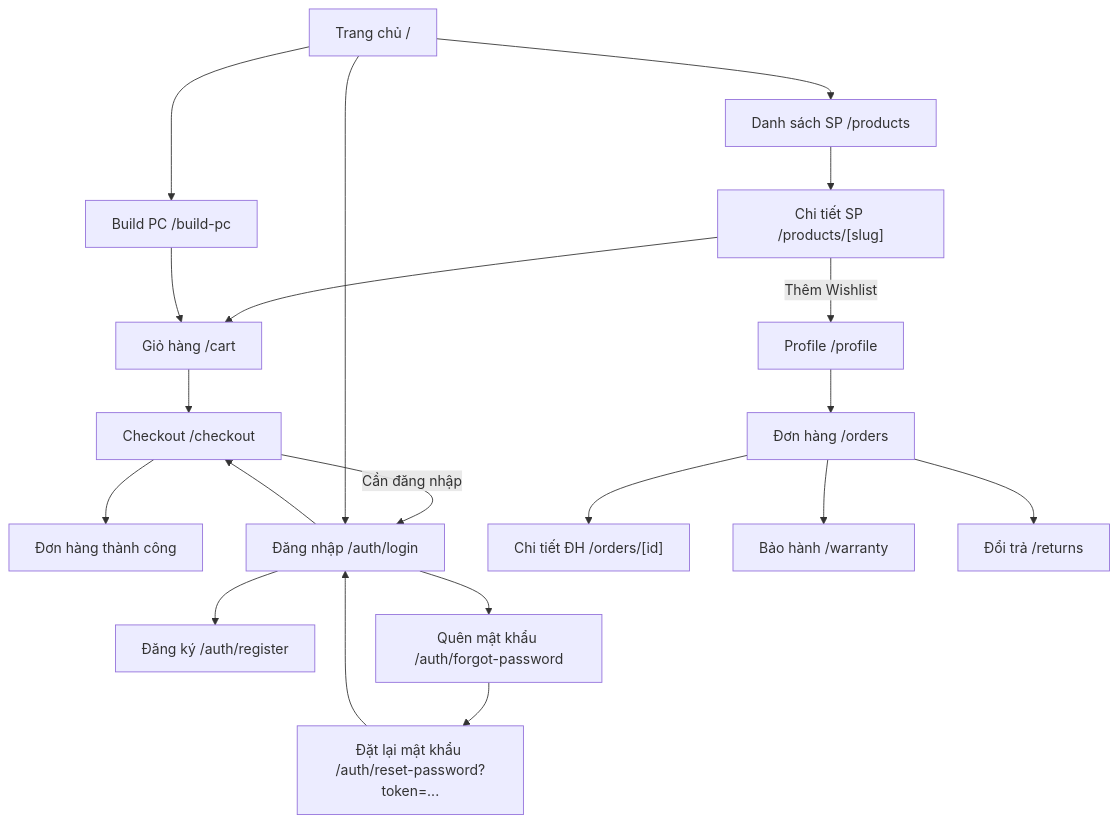
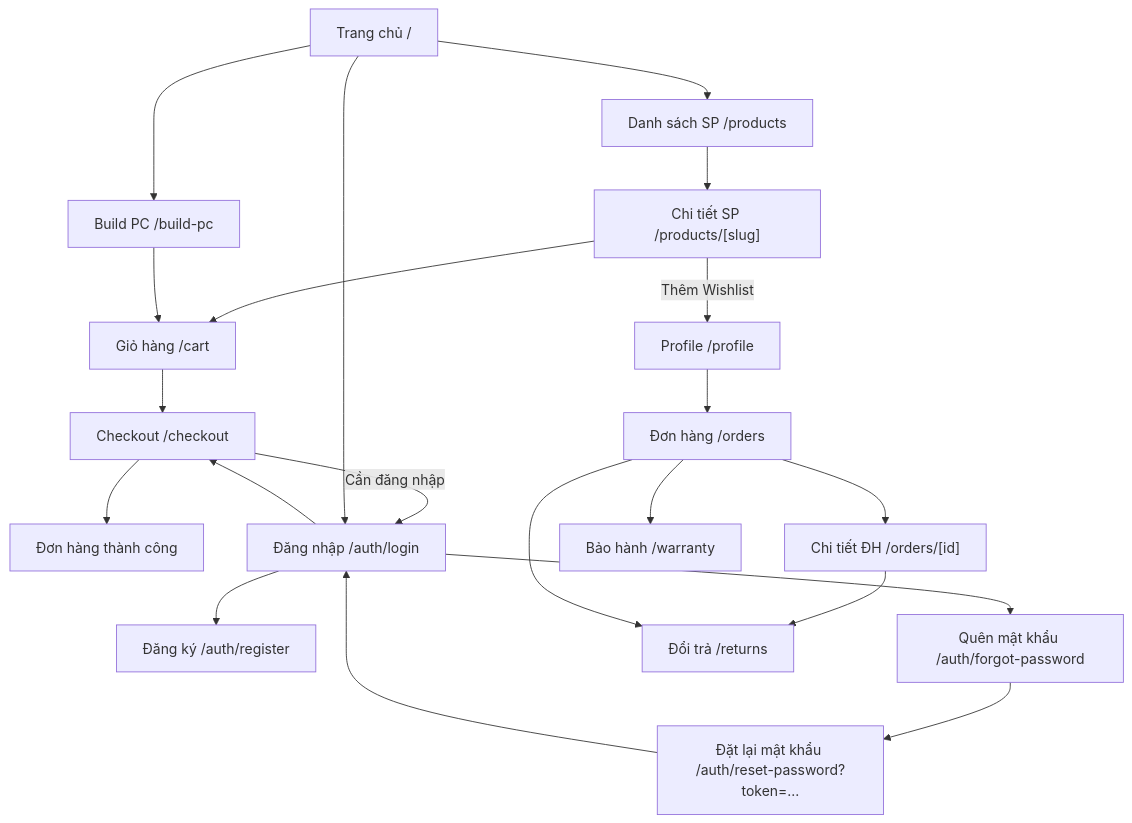
The diagram in docs/ui_ux_design.md (huuhieu56/PC-Parts-ECommerce), drawn with Mermaid before and after one commit. The commit also changed other lines of this file and 13 other files, not shown here.

````diff
--- a/docs/ui_ux_design.md
+++ b/docs/ui_ux_design.md
@@ -277,35 +277,36 @@
 ```mermaid
 graph TD
     Home["Trang chủ /"]
     Products["Danh sách SP /products"]
     ProductDetail["Chi tiết SP /products/[slug]"]
     BuildPC["Build PC /build-pc"]
     Cart["Giỏ hàng /cart"]
     Checkout["Checkout /checkout"]
     OrderSuccess["Đơn hàng thành công"]
     Auth["Đăng nhập /auth/login"]
     Register["Đăng ký /auth/register"]
     ForgotPassword["Quên mật khẩu /auth/forgot-password"]
     ResetPassword["Đặt lại mật khẩu /auth/reset-password?token=..."]
     Profile["Profile /profile"]
     Orders["Đơn hàng /orders"]
     OrderDetail["Chi tiết ĐH /orders/[id]"]
     Warranty["Bảo hành /warranty"]
     Returns["Đổi trả /returns"]
 
     Home --> Products --> ProductDetail
     ProductDetail --> Cart
     ProductDetail -->|"Thêm Wishlist"| Profile
     BuildPC --> Cart
     Cart --> Checkout -->|"Cần đăng nhập"| Auth --> Checkout
     Checkout --> OrderSuccess
     Profile --> Orders --> OrderDetail
+    OrderDetail --> Returns
     Orders --> Warranty
     Orders --> Returns
     Home --> BuildPC
     Home --> Auth
     Auth --> Register
     Auth --> ForgotPassword
     ForgotPassword --> ResetPassword
     ResetPassword --> Auth
 ```
````
